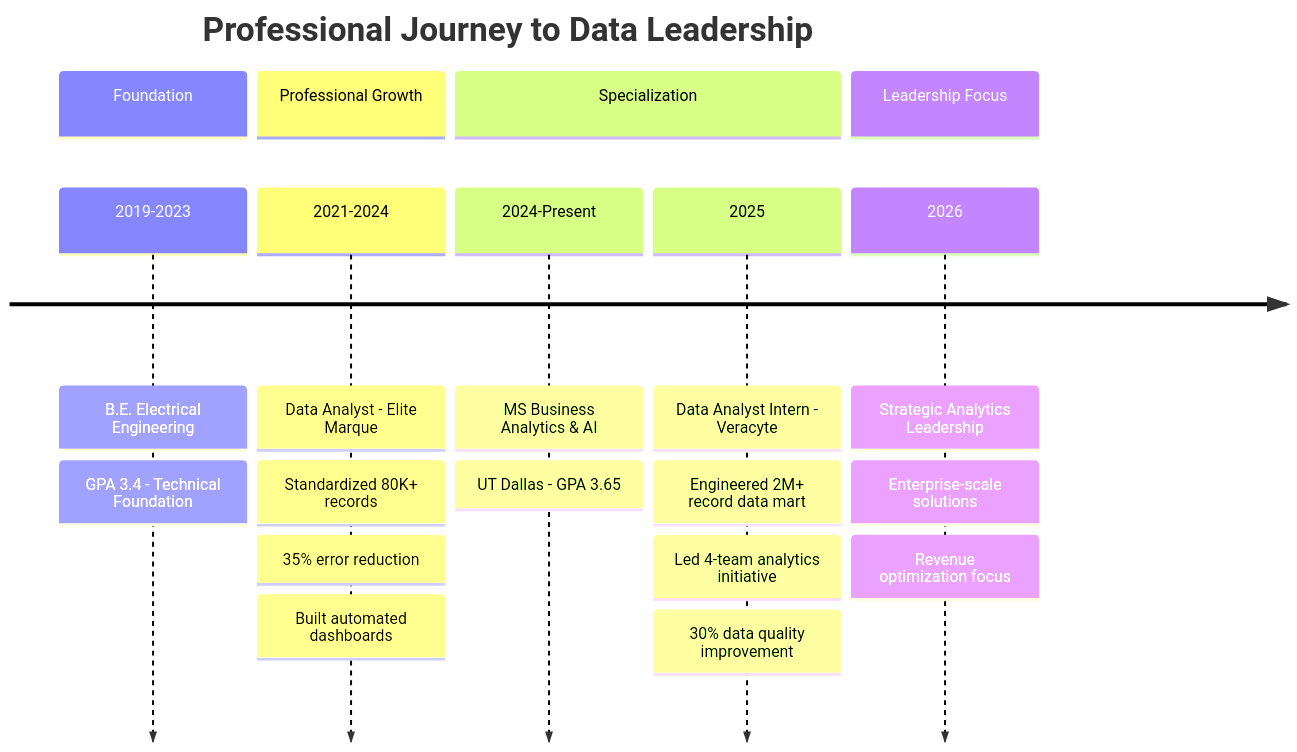
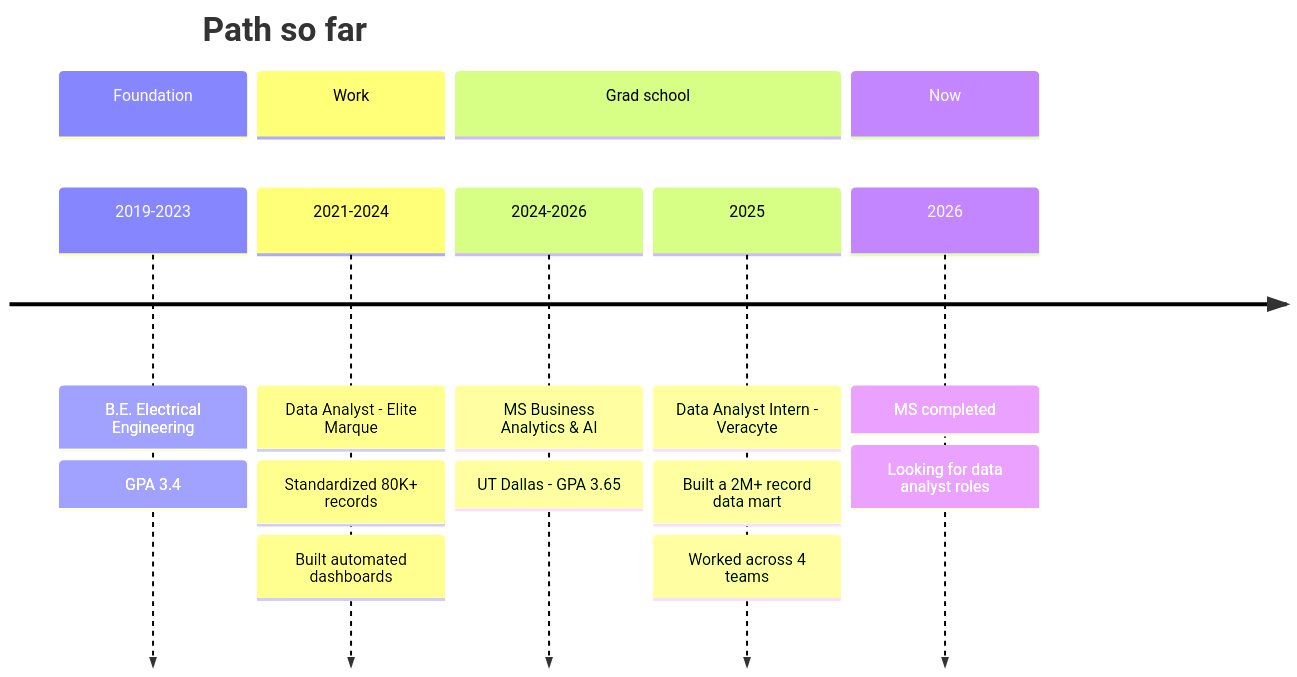
The second of 3 diagrams in README.md (Pranav0520/Pranav0520), drawn with Mermaid before and after one commit. The commit also changed other lines of this file, not shown here.

````diff
--- a/README.md
+++ b/README.md
@@ -87,23 +64,20 @@
 ```mermaid
 timeline
-    title Professional Journey to Data Leadership
+    title Path so far
     section Foundation
     2019-2023 : B.E. Electrical Engineering
-              : GPA 3.4 - Technical Foundation
-    section Professional Growth
+              : GPA 3.4
+    section Work
     2021-2024 : Data Analyst - Elite Marque
               : Standardized 80K+ records
-              : 35% error reduction
               : Built automated dashboards
-    section Specialization
-    2024-Present : MS Business Analytics & AI
-                 : UT Dallas - GPA 3.65
+    section Grad school
+    2024-2026 : MS Business Analytics & AI
+              : UT Dallas - GPA 3.65
     2025 : Data Analyst Intern - Veracyte
-         : Engineered 2M+ record data mart
-         : Led 4-team analytics initiative
-         : 30% data quality improvement
-    section Leadership Focus
-    2026 : Strategic Analytics Leadership
-         : Enterprise-scale solutions
-         : Revenue optimization focus
+         : Built a 2M+ record data mart
+         : Worked across 4 teams
+    section Now
+    2026 : MS completed
+         : Looking for data analyst roles
 ```
````
